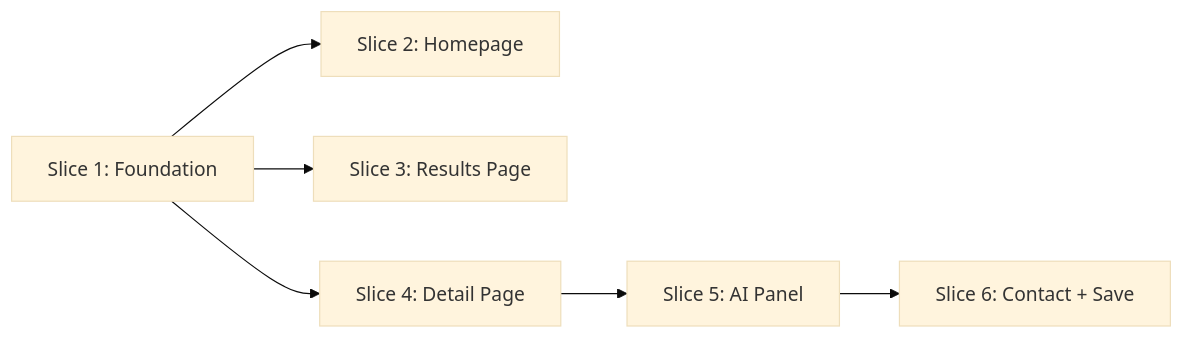
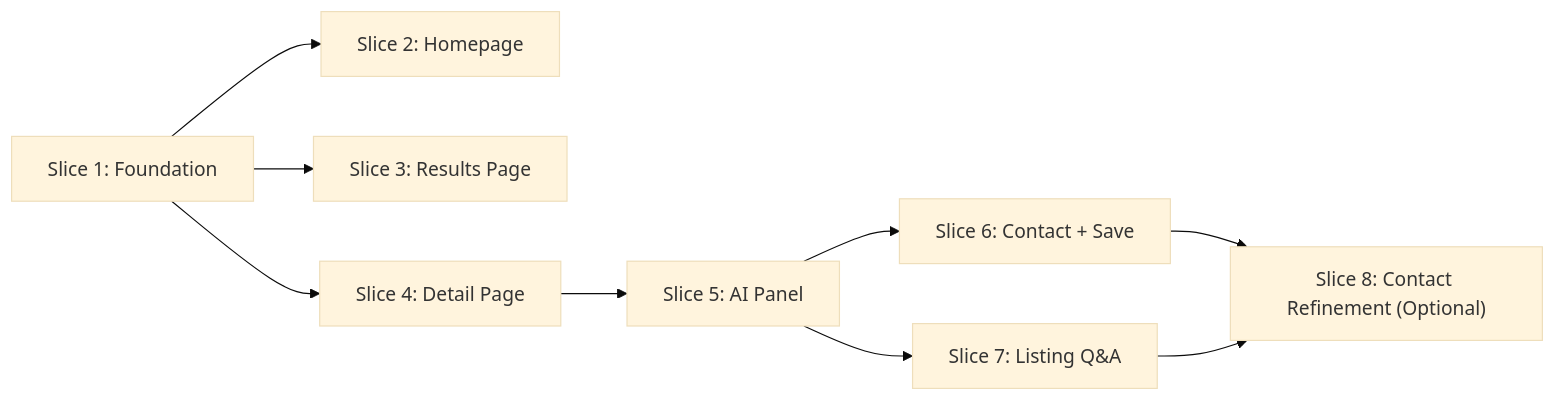
Before and after one commit to sebastiancortez/vehicles-buyer-experience: the diagram in PLAN.md, drawn with Mermaid (base theme). The commit also changed other lines of this file and 17 other files, not shown here.

````diff
--- a/PLAN.md
+++ b/PLAN.md
@@ -41,8 +41,11 @@
 ```mermaid
 graph LR
     S1["Slice 1: Foundation"] --> S2["Slice 2: Homepage"]
     S1 --> S3["Slice 3: Results Page"]
     S1 --> S4["Slice 4: Detail Page"]
     S4 --> S5["Slice 5: AI Panel"]
     S5 --> S6["Slice 6: Contact + Save"]
+    S5 --> S7["Slice 7: Listing Q&A"]
+    S6 --> S8["Slice 8: Contact Refinement (Optional)"]
+    S7 --> S8
 ```
````
